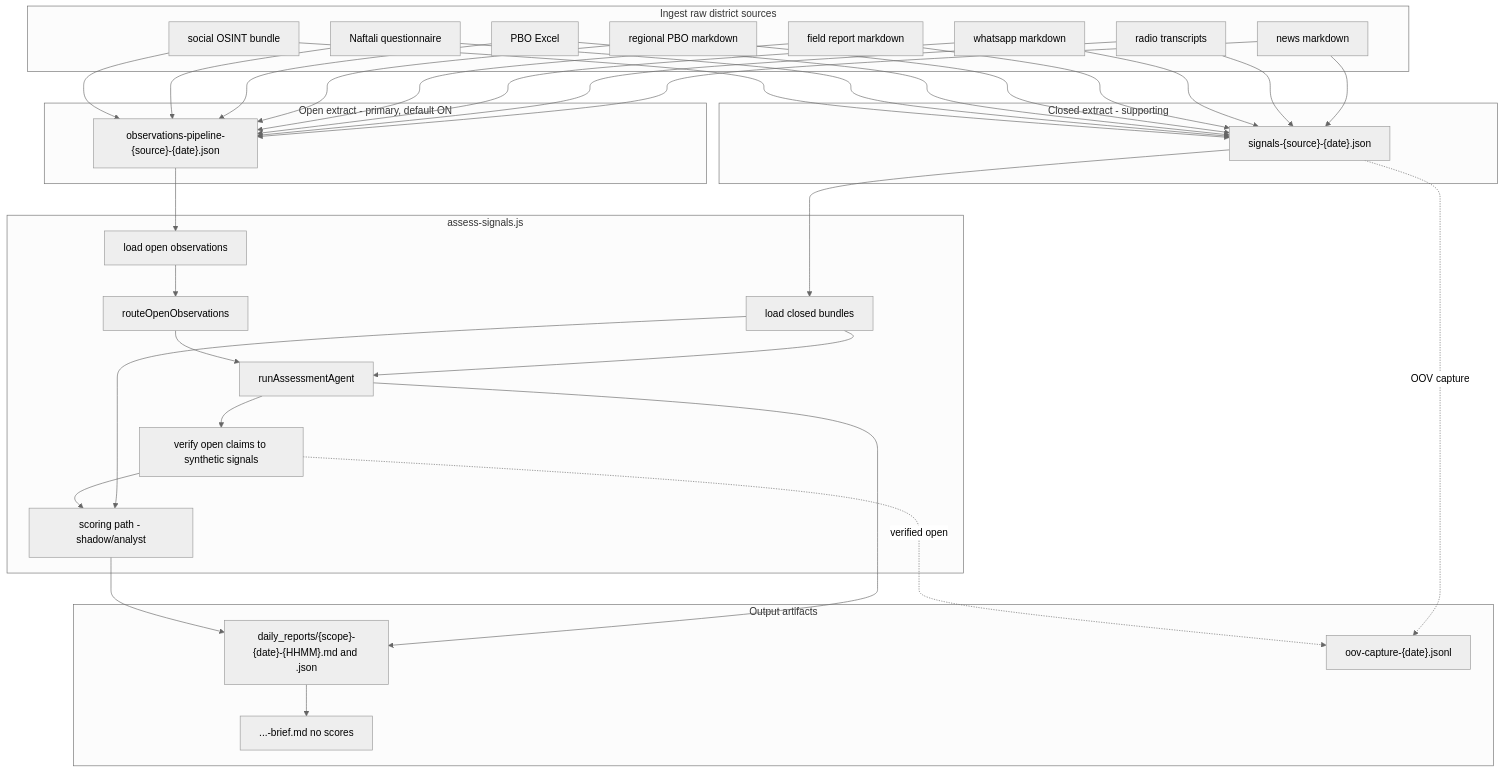
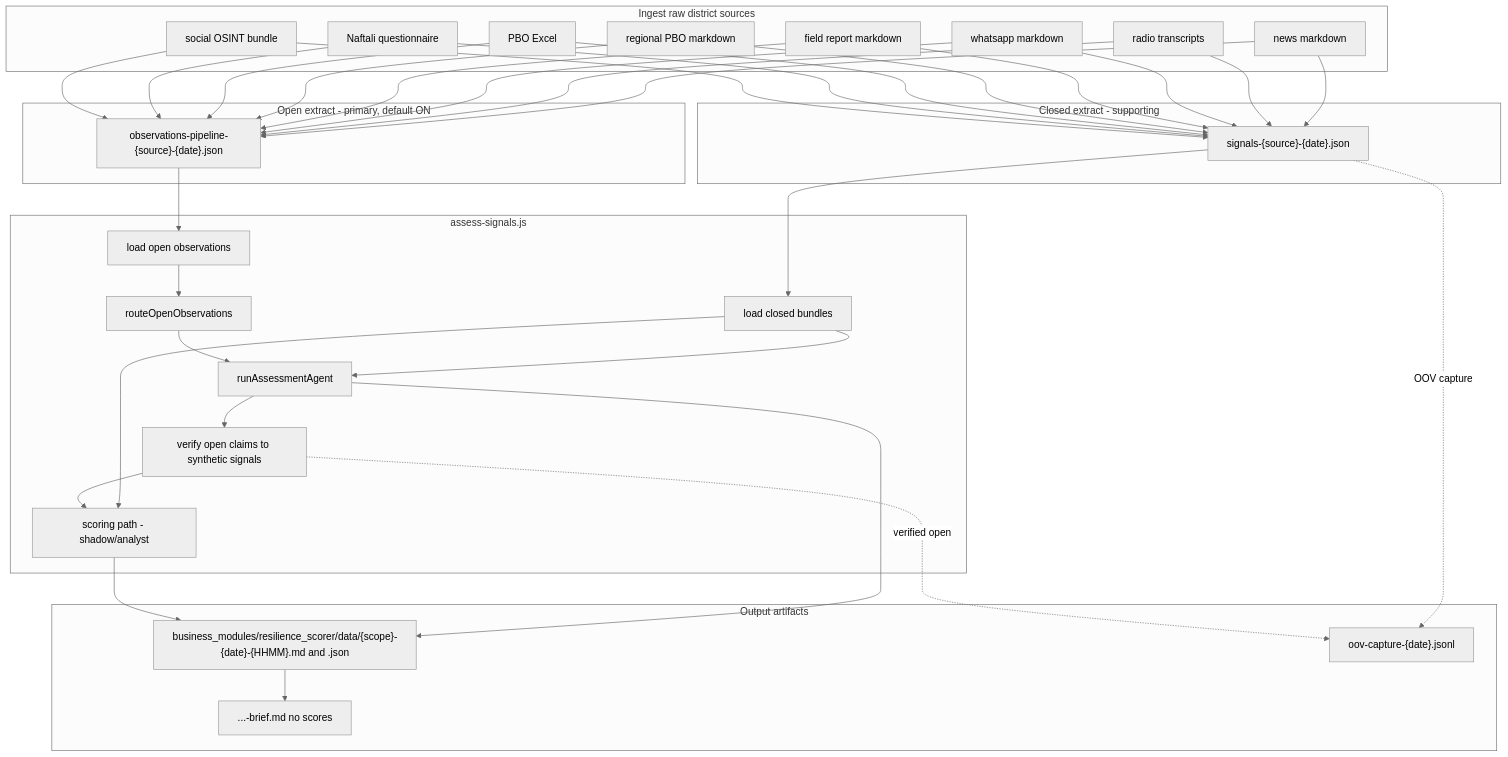
One commit to anatolyZader/news-fetch changed the diagram in docs/updated_main_docs/02-DUAL-PATH-PIPELINE.md. Above: the diagram before and after it, drawn with Mermaid (neutral theme). The commit also changed other lines of this file and 738 other files, not shown here.

````diff
--- a/docs/updated_main_docs/02-DUAL-PATH-PIPELINE.md
+++ b/docs/updated_main_docs/02-DUAL-PATH-PIPELINE.md
@@ -161,52 +161,52 @@
 ```mermaid
 flowchart TD
   subgraph ingest [Ingest raw district sources]
     N[news markdown]
     R[radio transcripts]
     W[whatsapp markdown]
     F[field report markdown]
     S[social OSINT bundle]
     P[PBO Excel]
     RP[regional PBO markdown]
     NF[Naftali questionnaire]
   end
 
   subgraph closed [Closed extract - supporting]
     CS["signals-{source}-{date}.json"]
   end
 
   subgraph open [Open extract - primary, default ON]
     OO["observations-pipeline-{source}-{date}.json"]
   end
 
   subgraph assess [assess-signals.js]
     LB[load closed bundles]
     LO[load open observations]
     RT[routeOpenObservations]
     AG[runAssessmentAgent]
     SC[scoring path - shadow/analyst]
     VE[verify open claims to synthetic signals]
   end
 
   subgraph out [Output artifacts]
-    DR["daily_reports/{scope}-{date}-{HHMM}.md and .json"]
+    DR["business_modules/resilience_scorer/data/{scope}-{date}-{HHMM}.md and .json"]
     BR["...-brief.md no scores"]
     OOV["oov-capture-{date}.jsonl"]
   end
 
   N & R & W & F & RP & P & NF & S --> CS
   N & R & W & F & RP & P & NF & S --> OO
   CS --> LB
   OO --> LO
   LO --> RT
   LB --> AG
   RT --> AG
   AG --> VE
   LB --> SC
   VE --> SC
   AG --> DR
   SC --> DR
   DR --> BR
   CS -.OOV capture.-> OOV
   VE -.verified open.-> OOV
 ```
````
